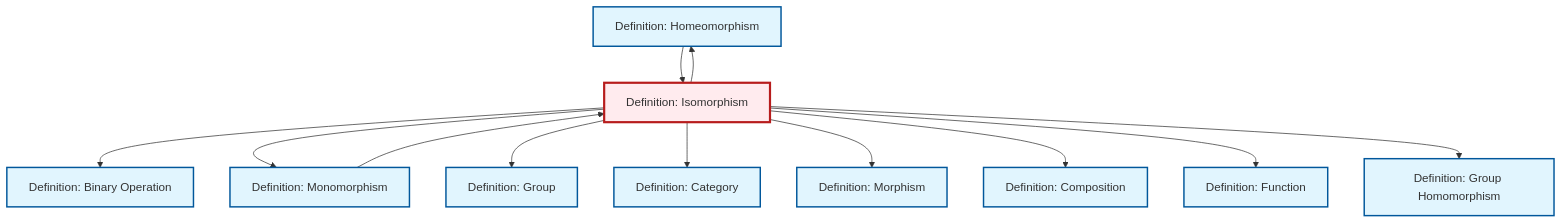
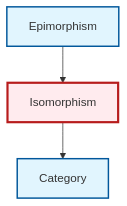
Before and after one commit to RK0429/ModernMath: the diagram in content/en/algebra/def-isomorphism.qmd, drawn with Mermaid. The commit also changed 328 other files, not shown here.

````diff
--- a/content/en/algebra/def-isomorphism.qmd
+++ b/content/en/algebra/def-isomorphism.qmd
@@ -112,40 +112,17 @@
 ```{mermaid}
 %%| fig-cap: "Local dependency graph"
 graph TD
     classDef definition fill:#e1f5fe,stroke:#01579b,stroke-width:2px
     classDef theorem fill:#f3e5f5,stroke:#4a148c,stroke-width:2px
     classDef axiom fill:#fff3e0,stroke:#e65100,stroke-width:2px
     classDef example fill:#e8f5e9,stroke:#1b5e20,stroke-width:2px
     classDef current fill:#ffebee,stroke:#b71c1c,stroke-width:3px
-    def-homeomorphism["Definition: Homeomorphism"]:::definition
-    def-binary-operation["Definition: Binary Operation"]:::definition
-    def-morphism["Definition: Morphism"]:::definition
-    def-isomorphism["Definition: Isomorphism"]:::definition
-    def-function["Definition: Function"]:::definition
-    def-composition["Definition: Composition"]:::definition
-    def-homomorphism["Definition: Group Homomorphism"]:::definition
-    def-group["Definition: Group"]:::definition
-    def-category["Definition: Category"]:::definition
-    def-monomorphism["Definition: Monomorphism"]:::definition
-    def-isomorphism --> def-binary-operation
-    def-isomorphism --> def-monomorphism
-    def-isomorphism --> def-group
+    def-epimorphism["Epimorphism"]:::definition
+    def-category["Category"]:::definition
+    def-isomorphism["Isomorphism"]:::definition
+    def-epimorphism --> def-isomorphism
     def-isomorphism --> def-category
-    def-homeomorphism --> def-isomorphism
-    def-isomorphism --> def-morphism
-    def-monomorphism --> def-isomorphism
-    def-isomorphism --> def-composition
-    def-isomorphism --> def-function
-    def-isomorphism --> def-homeomorphism
-    def-isomorphism --> def-homomorphism
     class def-isomorphism current
-    click def-homeomorphism "def-homeomorphism.html" "Go to Homeomorphism definition"
-    click def-binary-operation "def-binary-operation.html" "Go to Binary Operation definition"
-    click def-morphism "def-morphism.html" "Go to Morphism definition"
-    click def-function "def-function.html" "Go to Function definition"
-    click def-composition "def-composition.html" "Go to Composition definition"
-    click def-homomorphism "def-homomorphism.html" "Go to Group Homomorphism definition"
-    click def-group "def-group.html" "Go to Group definition"
-    click def-category "def-category.html" "Go to Category definition"
-    click def-monomorphism "def-monomorphism.html" "Go to Monomorphism definition"
+    click def-epimorphism "def-epimorphism.html" "Go to Epimorphism"
+    click def-category "def-category.html" "Go to Category"
 ```
````
